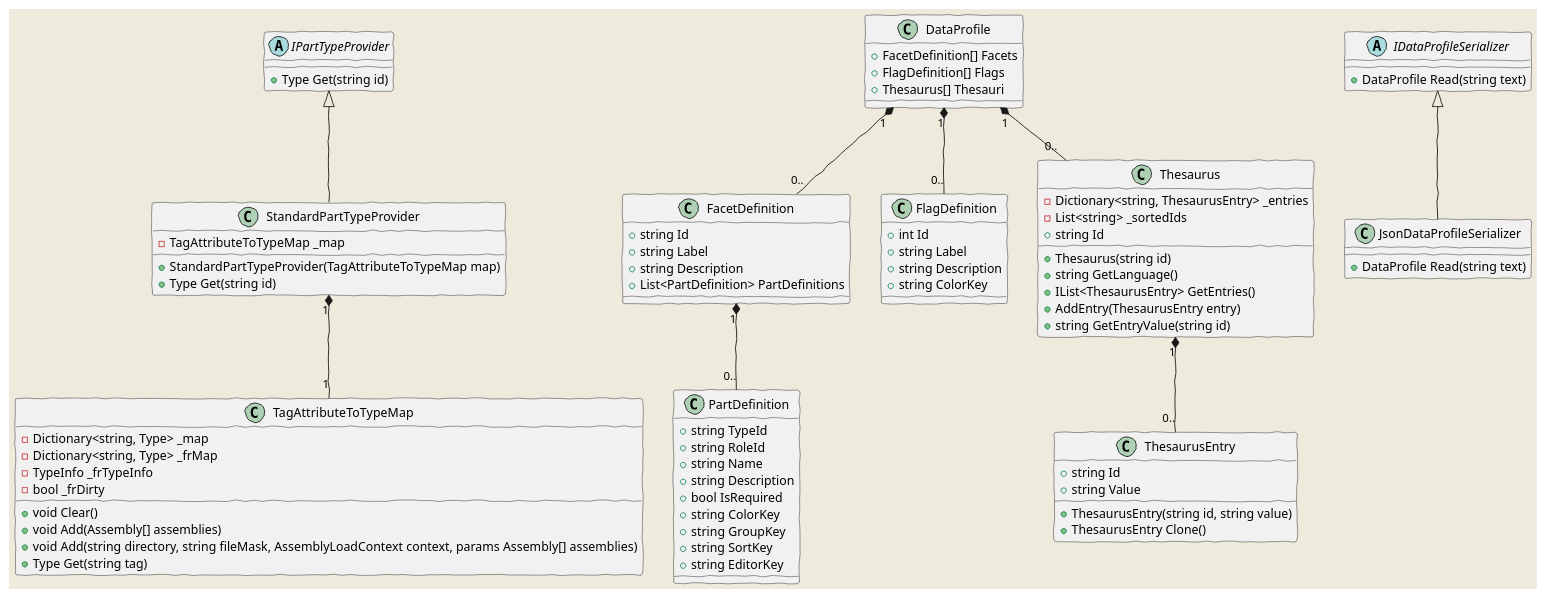
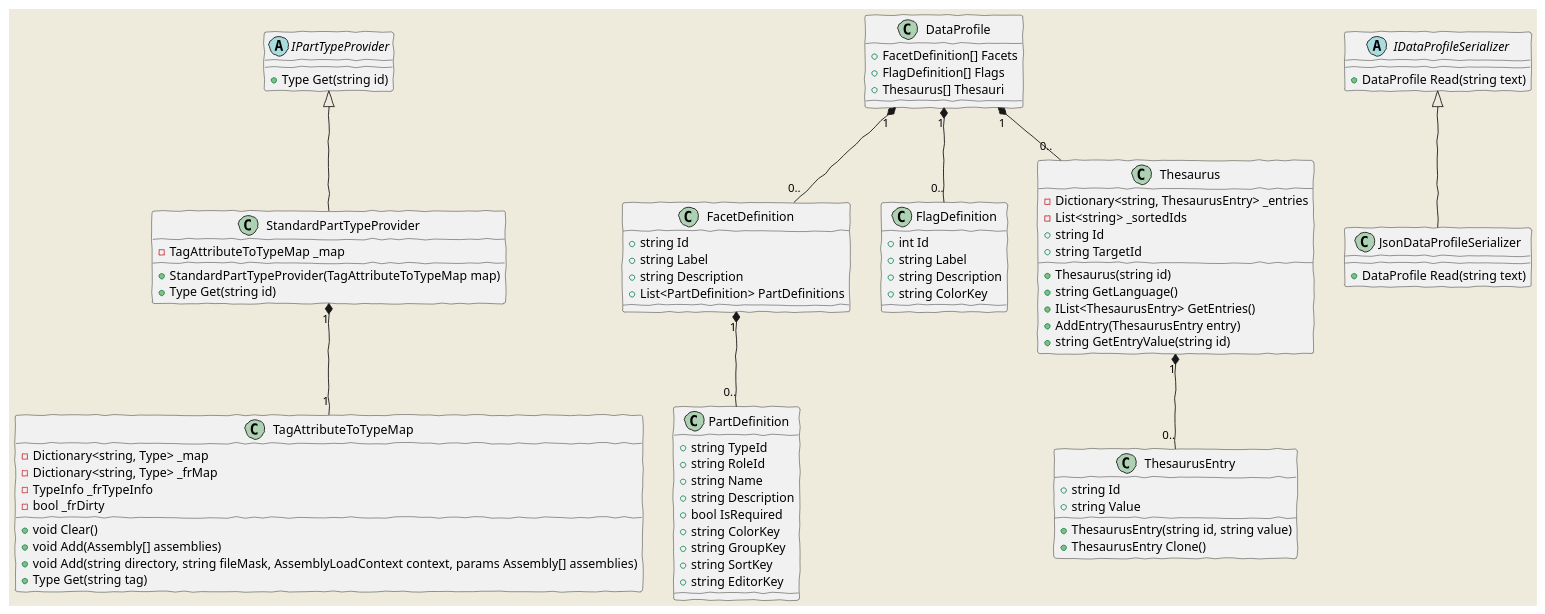
One commit to vedph/cadmus_core changed the third of 4 diagrams in Doc/core.md. Above: the diagram before and after it, drawn with PlantUML. The commit also changed 16 other files, not shown here.

````diff
--- a/Doc/core.md
+++ b/Doc/core.md
@@ -305,73 +305,74 @@
 ```plantuml
 @startuml
     skinparam backgroundColor #EEEBDC
     skinparam handwritten true
 
     abstract class IPartTypeProvider
     IPartTypeProvider : +Type Get(string id)
 
     TagAttributeToTypeMap : -Dictionary<string, Type> _map
     TagAttributeToTypeMap : -Dictionary<string, Type> _frMap
     TagAttributeToTypeMap : -TypeInfo _frTypeInfo
     TagAttributeToTypeMap : -bool _frDirty
     TagAttributeToTypeMap : +void Clear()
     TagAttributeToTypeMap : +void Add(Assembly[] assemblies)
     TagAttributeToTypeMap : +void Add(string directory, string fileMask, AssemblyLoadContext context, params Assembly[] assemblies)
     TagAttributeToTypeMap : +Type Get(string tag)
 
     IPartTypeProvider <|-- StandardPartTypeProvider
     StandardPartTypeProvider "1"*--"1" TagAttributeToTypeMap
     StandardPartTypeProvider : -TagAttributeToTypeMap _map
     StandardPartTypeProvider : +StandardPartTypeProvider(TagAttributeToTypeMap map)
     StandardPartTypeProvider : +Type Get(string id)
 
     PartDefinition : +string TypeId
     PartDefinition : +string RoleId
     PartDefinition : +string Name
     PartDefinition : +string Description
     PartDefinition : +bool IsRequired
     PartDefinition : +string ColorKey
     PartDefinition : +string GroupKey
     PartDefinition : +string SortKey
     PartDefinition : +string EditorKey
 
     FacetDefinition : +string Id
     FacetDefinition : +string Label
     FacetDefinition : +string Description
     FacetDefinition : +List<PartDefinition> PartDefinitions
     FacetDefinition "1"*--"0.." PartDefinition
 
     FlagDefinition : +int Id
     FlagDefinition : +string Label
     FlagDefinition : +string Description
     FlagDefinition : +string ColorKey
 
     ThesaurusEntry : +string Id
     ThesaurusEntry : +string Value
     ThesaurusEntry : +ThesaurusEntry(string id, string value)
     ThesaurusEntry : +ThesaurusEntry Clone()
 
     Thesaurus : -Dictionary<string, ThesaurusEntry> _entries
     Thesaurus : -List<string> _sortedIds
     Thesaurus : +string Id
+    Thesaurus : +string TargetId
     Thesaurus : +Thesaurus(string id)
     Thesaurus : +string GetLanguage()
     Thesaurus : +IList<ThesaurusEntry> GetEntries()
     Thesaurus : +AddEntry(ThesaurusEntry entry)
     Thesaurus : +string GetEntryValue(string id)
     Thesaurus "1"*--"0.." ThesaurusEntry
 
     DataProfile : +FacetDefinition[] Facets
     DataProfile : +FlagDefinition[] Flags
     DataProfile : +Thesaurus[] Thesauri
     DataProfile "1"*--"0.." FacetDefinition
     DataProfile "1"*--"0.." FlagDefinition
     DataProfile "1"*--"0.." Thesaurus
 
     abstract class IDataProfileSerializer
     IDataProfileSerializer : +DataProfile Read(string text)
 
     IDataProfileSerializer <|-- JsonDataProfileSerializer
     JsonDataProfileSerializer : +DataProfile Read(string text)
 @enduml
 ```
````
